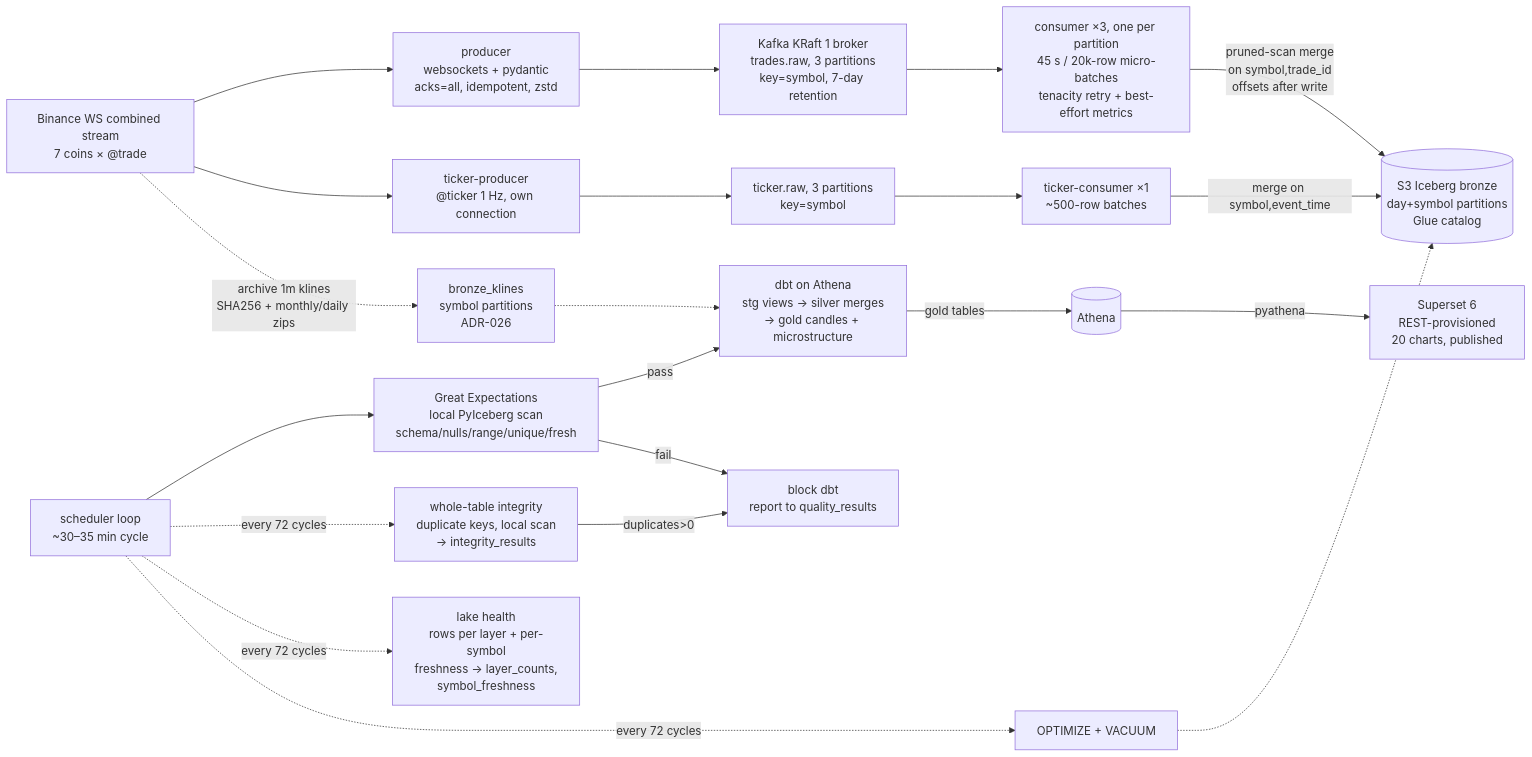
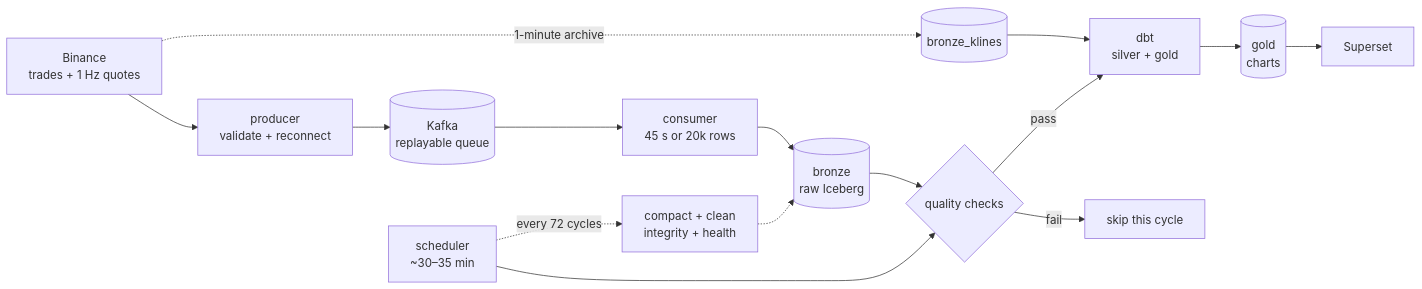
One commit to Danselem/tickstream changed the diagram in docs/architecture.md. Above: the diagram before and after it, drawn with Mermaid. The commit also changed other lines of this file and 10 other files, not shown here.

````diff
--- a/docs/architecture.md
+++ b/docs/architecture.md
@@ -6,23 +15,17 @@
 ```mermaid
 flowchart LR
-    BIN["Binance WS combined stream<br/>7 coins × @trade"] --> PROD[producer<br/>websockets + pydantic<br/>acks=all, idempotent, zstd]
-    PROD --> KAFKA[Kafka KRaft 1 broker<br/>trades.raw, 3 partitions<br/>key=symbol, 7-day retention]
-    KAFKA --> CONS[consumer ×3, one per partition<br/>45 s / 20k-row micro-batches<br/>tenacity retry + best-effort metrics]
-    BIN --> TPROD["ticker-producer<br/>@ticker 1 Hz, own connection"]
-    TPROD --> TKAFKA[ticker.raw, 3 partitions<br/>key=symbol]
-    TKAFKA --> TCONS[ticker-consumer ×1<br/>~500-row batches]
-    TCONS -->|merge on symbol,event_time| S3
-    CONS -->|pruned-scan merge<br/>on symbol,trade_id<br/>offsets after write| S3[(S3 Iceberg bronze<br/>day+symbol partitions<br/>Glue catalog)]
-    SCHED[scheduler loop<br/>~30–35 min cycle] --> GX[Great Expectations<br/>local PyIceberg scan<br/>schema/nulls/range/unique/fresh]
-    GX -->|pass| DBT[dbt on Athena<br/>stg views → silver merges<br/>→ gold candles + microstructure]
-    GX -->|fail| BLOCK[block dbt<br/>report to quality_results]
-    SCHED -.->|every 72 cycles| INT[whole-table integrity<br/>duplicate keys, local scan<br/>→ integrity_results]
-    INT -->|duplicates>0| BLOCK
-    SCHED -.->|every 72 cycles| HLTH[lake health<br/>rows per layer + per-symbol<br/>freshness → layer_counts,<br/>symbol_freshness]
-    BIN -.->|archive 1m klines<br/>SHA256 + monthly/daily zips| BF[bronze_klines<br/>symbol partitions<br/>ADR-026]
-    BF -.-> DBT
-    DBT -->|gold tables| ATH[(Athena)]
-    ATH -->|pyathena| SUP[Superset 6<br/>REST-provisioned<br/>20 charts, published]
-    SCHED -.->|every 72 cycles| MAINT[OPTIMIZE + VACUUM]
-    MAINT -.-> S3
+    B[Binance<br/>trades + 1 Hz quotes] --> P[producer<br/>validate + reconnect]
+    P --> K[(Kafka<br/>replayable queue)]
+    K --> C[consumer<br/>45 s or 20k rows]
+    C --> BR[(bronze<br/>raw Iceberg)]
+    B -. 1-minute archive .-> BK[(bronze_klines)]
+    BR --> Q{quality checks}
+    BK --> D
+    Q -->|pass| D[dbt<br/>silver + gold]
+    Q -->|fail| STOP[skip this cycle]
+    D --> G[(gold<br/>charts)]
+    G --> S[Superset]
+    SCH[scheduler<br/>~30–35 min] --> Q
+    SCH -. every 72 cycles .-> M[compact + clean<br/>integrity + health]
+    M -.-> BR
 ```
````
